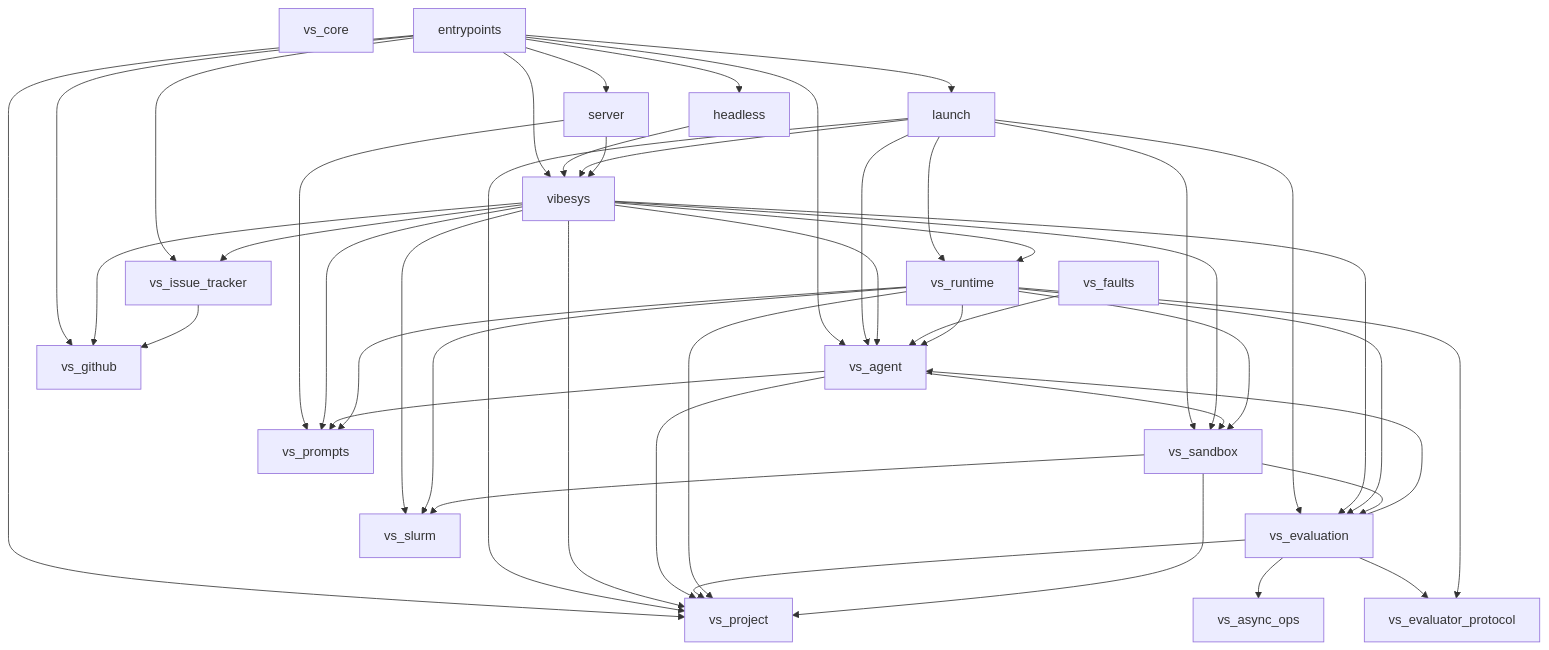
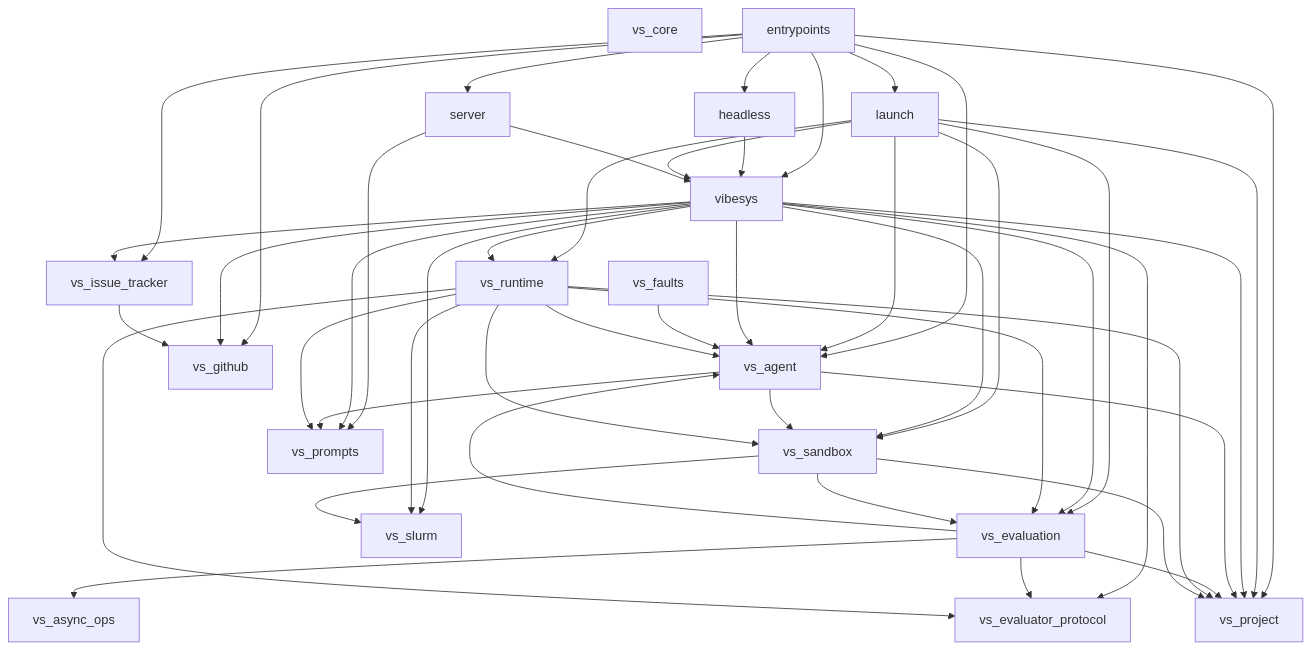
Before and after one commit to uw-syfi/vibesys: the first of 3 diagrams in docs/contributing/architecture.md, drawn with Mermaid. The commit also changed other lines of this file and 34 other files, not shown here.

````diff
--- a/docs/contributing/architecture.md
+++ b/docs/contributing/architecture.md
@@ -84,49 +84,50 @@
 ```mermaid
 graph TD
     vs_core
     entrypoints --> headless
     entrypoints --> launch
     entrypoints --> server
     entrypoints --> vibesys
     entrypoints --> vs_agent
     entrypoints --> vs_github
     entrypoints --> vs_issue_tracker
     entrypoints --> vs_project
     headless --> vibesys
     launch --> vibesys
     launch --> vs_agent
     launch --> vs_evaluation
     launch --> vs_project
     launch --> vs_runtime
     launch --> vs_sandbox
     server --> vibesys
     server --> vs_prompts
     vibesys --> vs_agent
     vibesys --> vs_evaluation
+    vibesys --> vs_evaluator_protocol
     vibesys --> vs_github
     vibesys --> vs_issue_tracker
     vibesys --> vs_project
     vibesys --> vs_prompts
     vibesys --> vs_runtime
     vibesys --> vs_sandbox
     vibesys --> vs_slurm
     vs_agent --> vs_project
     vs_agent --> vs_prompts
     vs_agent --> vs_sandbox
     vs_evaluation --> vs_agent
     vs_evaluation --> vs_async_ops
     vs_evaluation --> vs_evaluator_protocol
     vs_evaluation --> vs_project
     vs_faults --> vs_agent
     vs_issue_tracker --> vs_github
     vs_runtime --> vs_agent
     vs_runtime --> vs_evaluation
     vs_runtime --> vs_evaluator_protocol
     vs_runtime --> vs_project
     vs_runtime --> vs_prompts
     vs_runtime --> vs_sandbox
     vs_runtime --> vs_slurm
     vs_sandbox --> vs_evaluation
     vs_sandbox --> vs_project
     vs_sandbox --> vs_slurm
 ```
````
